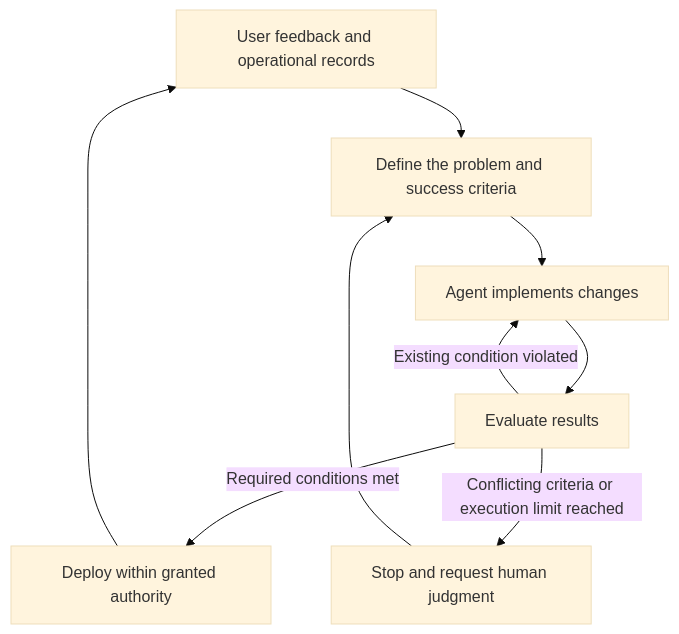
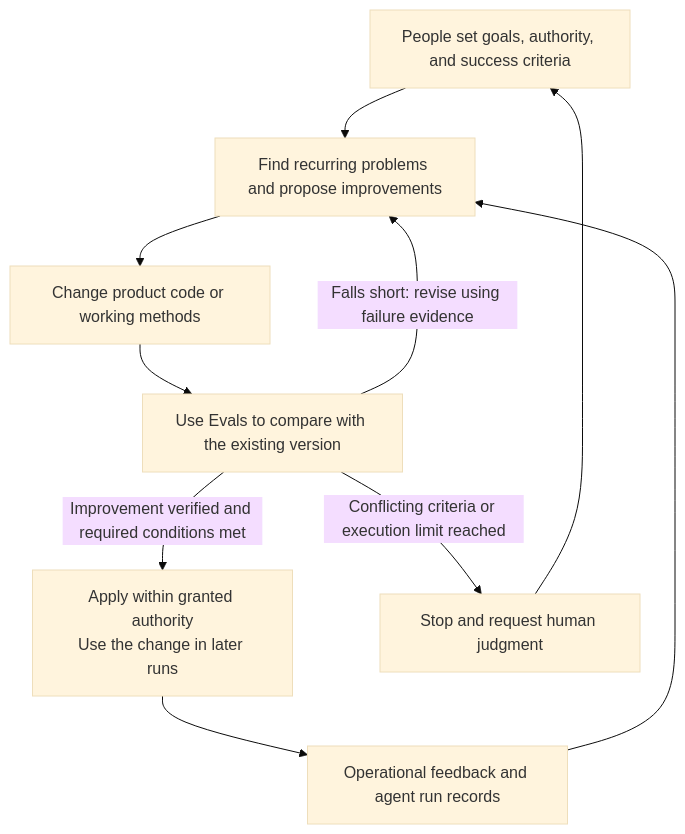
The first of 2 diagrams in _en/2026-10-05-software-factory-evals-and-tension-metrics.md (haandol/haandol.github.com), drawn with Mermaid (base theme) before and after one commit. The commit also changed other lines of this file and 1 other file, not shown here.

Commit message:
docs: emphasize eval-driven software factory self-improvement

````diff
--- a/_en/2026-10-05-software-factory-evals-and-tension-metrics.md
+++ b/_en/2026-10-05-software-factory-evals-and-tension-metrics.md
@@ -43,11 +51,12 @@
 ```mermaid
 flowchart TD
-    A["User feedback and operational records"] --> B["Define the problem and success criteria"]
-    B --> C["Agent implements changes"]
-    C --> D["Evaluate results"]
-    D -->|Existing condition violated| C
-    D -->|Required conditions met| E["Deploy within granted authority"]
+    H["People set goals, authority, and success criteria"] --> B
+    A["Operational feedback and agent run records"] --> B["Find recurring problems and propose improvements"]
+    B --> C["Change product code or working methods"]
+    C --> D["Use Evals to compare with the existing version"]
+    D -->|Falls short: revise using failure evidence| B
+    D -->|Improvement verified and required conditions met| E["Apply within granted authority<br/>Use the change in later runs"]
     E --> A
     D -->|Conflicting criteria or execution limit reached| F["Stop and request human judgment"]
-    F --> B
+    F --> H
 ```
````
